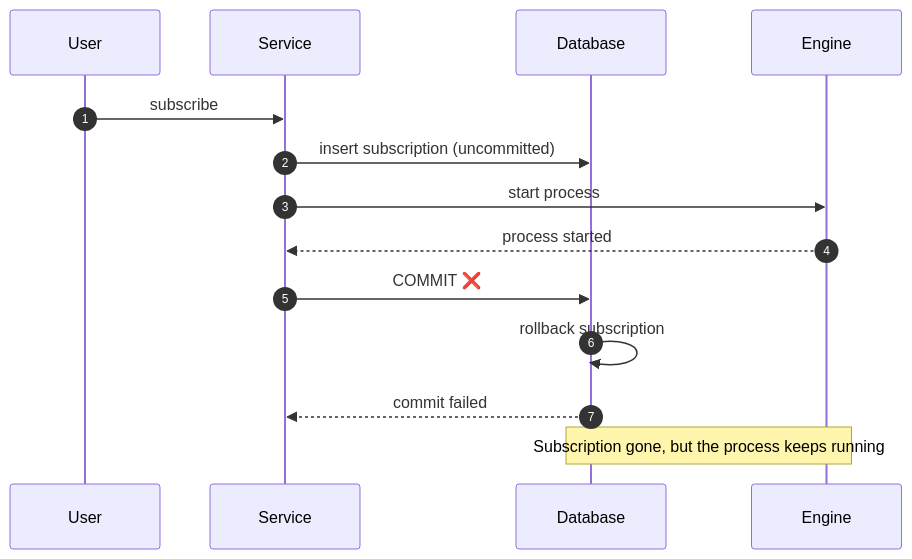
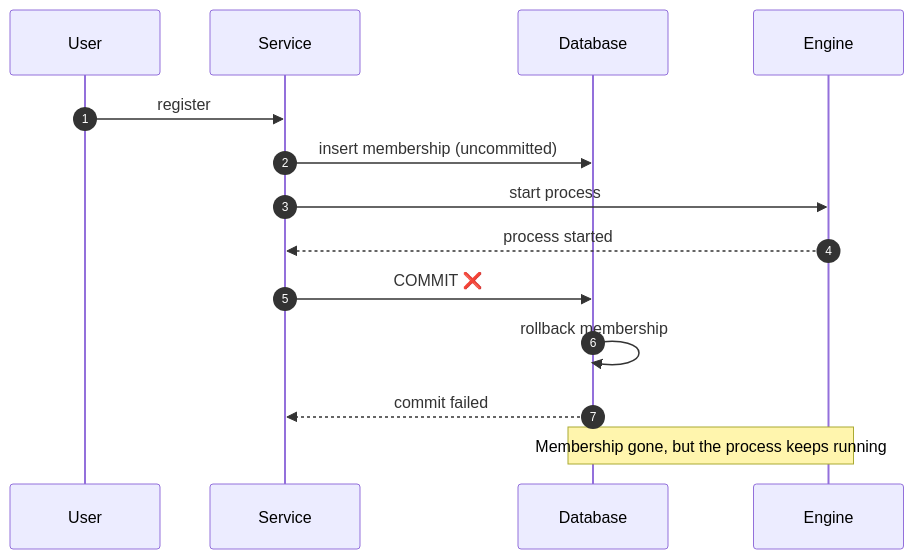
One commit to emaarco/distributed-horcruxes changed the diagram in CHALLENGES.md. Above: the diagram before and after it, drawn with Mermaid. The commit also changed other lines of this file and 512 other files, not shown here.

First line of the commit message:
feat: rebuild examples around the Inner Circle membership process

````diff
--- a/CHALLENGES.md
+++ b/CHALLENGES.md
@@ -178,16 +178,16 @@
 ```mermaid
 sequenceDiagram
     autonumber
     participant User
     participant Service
     participant DB as Database
     participant Engine
-    User ->> Service: subscribe
-    Service ->> DB: insert subscription (uncommitted)
+    User ->> Service: register
+    Service ->> DB: insert membership (uncommitted)
     Service ->> Engine: start process
     Engine -->> Service: process started
     Service ->> DB: COMMIT ❌
-    DB ->> DB: rollback subscription
+    DB ->> DB: rollback membership
     DB -->> Service: commit failed
-    Note over DB, Engine: Subscription gone, but the process keeps running
+    Note over DB, Engine: Membership gone, but the process keeps running
 ```
````
